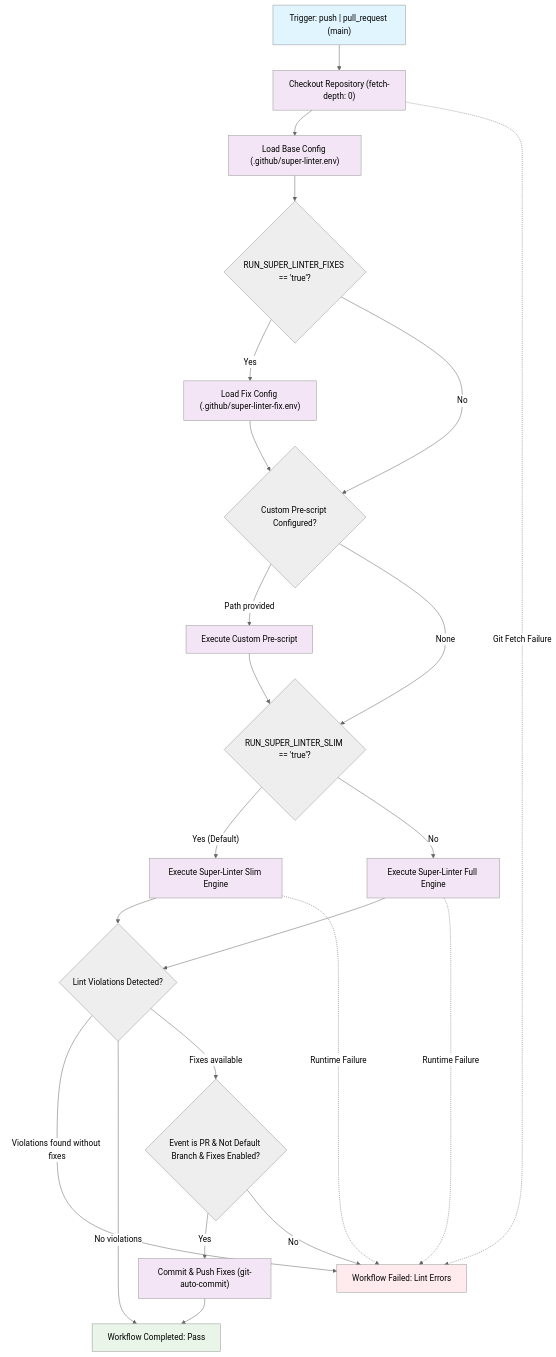
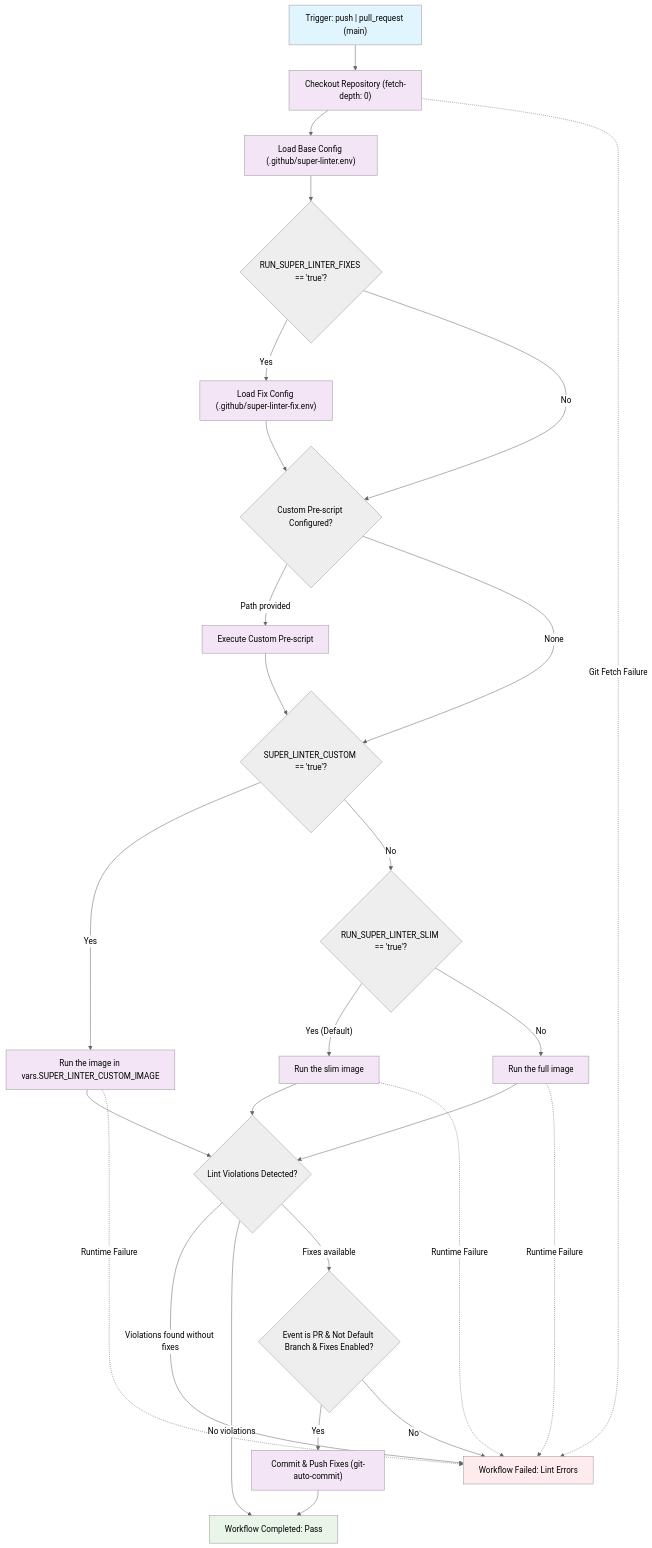
The diagram in workflows/super-linter/spec-process-cicd-super-linter.md (ghwfxlab/ghwm-registry), drawn with Mermaid (neutral theme) before and after one commit. The commit also changed other lines of this file and 3 other files, not shown here.

Commit message:
feat(super-linter)!: run every mode with one docker step and add a custom image mode

````diff
--- a/workflows/super-linter/spec-process-cicd-super-linter.md
+++ b/workflows/super-linter/spec-process-cicd-super-linter.md
@@ -28,36 +28,41 @@
 ```mermaid
 graph TD
     TriggerNode["Trigger: push | pull_request (main)"] --> Checkout["Checkout Repository (fetch-depth: 0)"]
     Checkout --> LoadConfig["Load Base Config (.github/super-linter.env)"]
     LoadConfig --> CheckFixConfig{"RUN_SUPER_LINTER_FIXES == 'true'?"}
     CheckFixConfig -->|"Yes"| LoadFixConfig["Load Fix Config (.github/super-linter-fix.env)"]
     CheckFixConfig -->|"No"| CheckCustomScript{"Custom Pre-script Configured?"}
     LoadFixConfig --> CheckCustomScript
     CheckCustomScript -->|"Path provided"| RunCustomScript["Execute Custom Pre-script"]
-    CheckCustomScript -->|"None"| SelectRunner{"RUN_SUPER_LINTER_SLIM == 'true'?"}
-    RunCustomScript --> SelectRunner
-    SelectRunner -->|"Yes (Default)"| RunSlim["Execute Super-Linter Slim Engine"]
-    SelectRunner -->|"No"| RunFull["Execute Super-Linter Full Engine"]
-    RunSlim --> EvalResults{"Lint Violations Detected?"}
+    CheckCustomScript -->|"None"| SelectImage{"SUPER_LINTER_CUSTOM == 'true'?"}
+    RunCustomScript --> SelectImage
+    SelectImage -->|"Yes"| RunCustom["Run the image in vars.SUPER_LINTER_CUSTOM_IMAGE"]
+    SelectImage -->|"No"| SelectRunner{"RUN_SUPER_LINTER_SLIM == 'true'?"}
+    SelectRunner -->|"Yes (Default)"| RunSlim["Run the slim image"]
+    SelectRunner -->|"No"| RunFull["Run the full image"]
+    RunCustom --> EvalResults{"Lint Violations Detected?"}
+    RunSlim --> EvalResults
     RunFull --> EvalResults
     EvalResults -->|"Violations found without fixes"| FailureNode["Workflow Failed: Lint Errors"]
     EvalResults -->|"No violations"| SuccessNode["Workflow Completed: Pass"]
     EvalResults -->|"Fixes available"| CheckAutoCommit{"Event is PR & Not Default Branch & Fixes Enabled?"}
     CheckAutoCommit -->|"Yes"| CommitFixes["Commit & Push Fixes (git-auto-commit)"]
     CheckAutoCommit -->|"No"| FailureNode
     CommitFixes --> SuccessNode
     Checkout -.->|"Git Fetch Failure"| FailureNode
+    RunCustom -.->|"Runtime Failure"| FailureNode
     RunSlim -.->|"Runtime Failure"| FailureNode
     RunFull -.->|"Runtime Failure"| FailureNode
 
     style TriggerNode fill:#e1f5fe
     style SuccessNode fill:#e8f5e8
     style FailureNode fill:#ffebee
     style Checkout fill:#f3e5f5
     style LoadConfig fill:#f3e5f5
     style LoadFixConfig fill:#f3e5f5
     style RunCustomScript fill:#f3e5f5
+    style RunCustom fill:#f3e5f5
     style RunSlim fill:#f3e5f5
     style RunFull fill:#f3e5f5
     style CommitFixes fill:#f3e5f5
 ```
````
